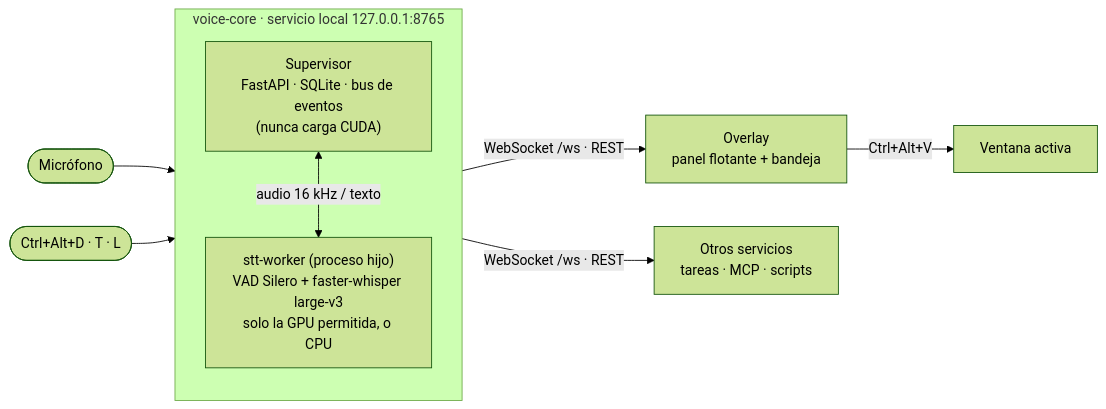
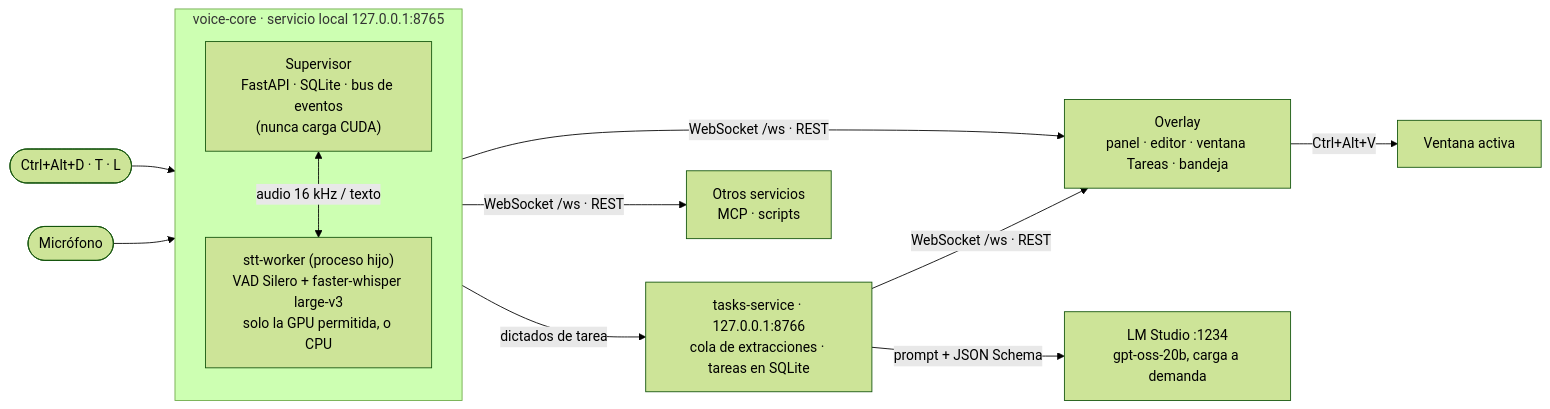
One commit to JeanCarloMacan/Desktop-transcriber changed the diagram in README.md. Above: the diagram before and after it, drawn with Mermaid (forest theme). The commit also changed other lines of this file and 66 other files, not shown here.

Commit message:
F4: organizador de tareas con LM Studio (v0.4.0)

````diff
--- a/README.md
+++ b/README.md
@@ -47,14 +57,17 @@
 ```mermaid
 flowchart LR
     mic(["Micrófono"]) --> sup
     atajos(["Ctrl+Alt+D · T · L"]) --> sup
     subgraph vc["voice-core · servicio local 127.0.0.1:8765"]
         direction TB
         sup["Supervisor<br/>FastAPI · SQLite · bus de eventos<br/>(nunca carga CUDA)"]
         wk["stt-worker (proceso hijo)<br/>VAD Silero + faster-whisper large-v3<br/>solo la GPU permitida, o CPU"]
         sup <-- "audio 16 kHz / texto" --> wk
     end
-    sup -- "WebSocket /ws · REST" --> ov["Overlay<br/>panel flotante + bandeja"]
-    sup -- "WebSocket /ws · REST" --> otros["Otros servicios<br/>tareas · MCP · scripts"]
+    sup -- "WebSocket /ws · REST" --> ov["Overlay<br/>panel · editor · ventana Tareas · bandeja"]
+    sup -- "dictados de tarea" --> ts["tasks-service · 127.0.0.1:8766<br/>cola de extracciones · tareas en SQLite"]
+    ts -- "prompt + JSON Schema" --> lm["LM Studio :1234<br/>gpt-oss-20b, carga a demanda"]
+    ts -- "WebSocket /ws · REST" --> ov
+    sup -- "WebSocket /ws · REST" --> otros["Otros servicios<br/>MCP · scripts"]
     ov -- "Ctrl+Alt+V" --> app["Ventana activa"]
 ```
````
